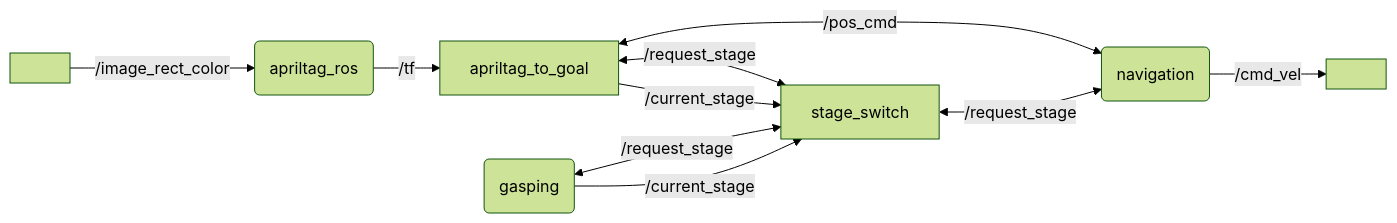
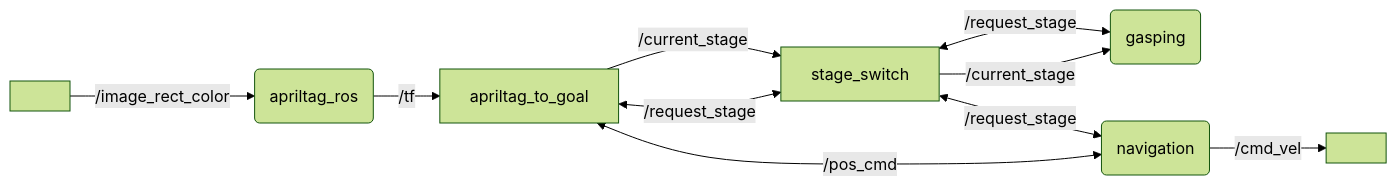
One commit to zong-you-028/Wu-s-notes changed the second of 2 diagrams in ROS 期末報告 node 圖.md. Above: the diagram before and after it, drawn with Mermaid (forest theme). The commit also changed 1 other file, not shown here.

Commit message:
vault backup: 2021-12-14 12:15:03, 2
Affected files:
.obsidian/workspace
ROS \346\234\237\346\234\253\345\240\261\345\221\212 node \345\234\226.md

````diff
--- a/ROS 期末報告 node 圖.md
+++ b/ROS 期末報告 node 圖.md
@@ -17,13 +17,13 @@
 ```mermaid
 flowchart LR
 
 id1[ ] -- /image_rect_color --> id3(apriltag_ros) -- /tf --> apriltag_to_goal
 apriltag_to_goal <-- /request_stage --> stage_switch
 apriltag_to_goal -- /current_stage --> stage_switch
 id4(gasping) <-- /request_stage --> stage_switch
-id4(gasping) -- /current_stage --> stage_switch
+stage_switch -- /current_stage --> id4(gasping)
 
 apriltag_to_goal <-- /pos_cmd --> id5(navigation)
 stage_switch <-- /request_stage --> id5(navigation)
 id5(navigation) -- /cmd_vel --> id2[ ]
 ```
````
